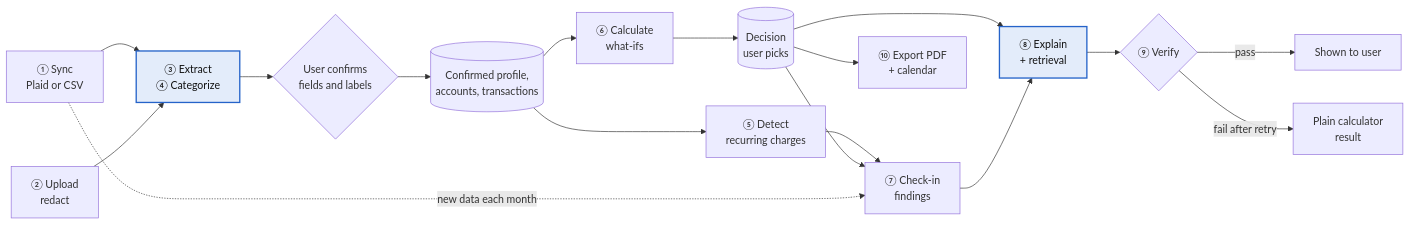
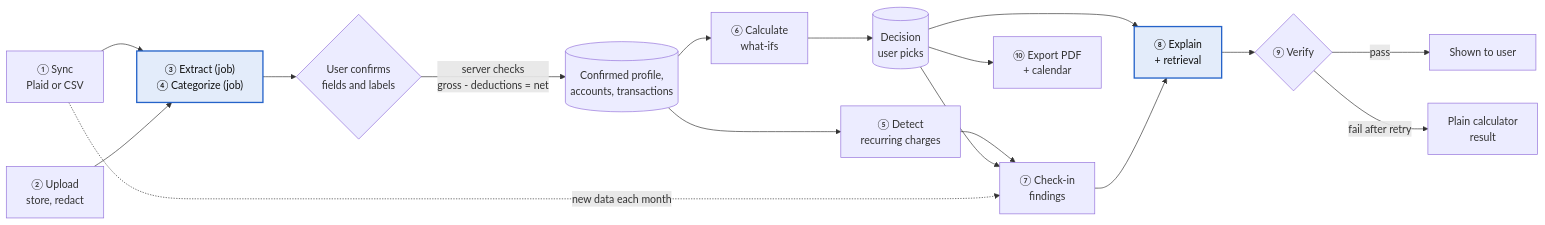
The second of 2 diagrams in docs/technical-spec.md (hkwan16/First-Paycheck), drawn with Mermaid before and after one commit. The commit also changed other lines of this file and 1 other file, not shown here.

````diff
--- a/docs/technical-spec.md
+++ b/docs/technical-spec.md
@@ -59,22 +61,22 @@
 ```mermaid
 flowchart LR
-  S["① Sync<br/>Plaid or CSV"] --> X["③ Extract<br/>④ Categorize"]
-  U["② Upload<br/>redact"] --> X
+  S["① Sync<br/>Plaid or CSV"] --> X["③ Extract (job)<br/>④ Categorize (job)"]
+  U["② Upload<br/>store, redact"] --> X
   X --> C{"User confirms<br/>fields and labels"}
-  C --> P[("Confirmed profile,<br/>accounts, transactions")]
+  C -->|"server checks<br/>gross - deductions = net"| P[("Confirmed profile,<br/>accounts, transactions")]
   P --> R["⑤ Detect<br/>recurring charges"]
   P --> K["⑥ Calculate<br/>what-ifs"]
   K --> D[("Decision<br/>user picks")]
   R --> CI["⑦ Check-in<br/>findings"]
   D --> CI
   S -.->|"new data each month"| CI
   D --> E["⑧ Explain<br/>+ retrieval"]
   CI --> E
   E --> V{"⑨ Verify"}
   V -->|pass| Shown["Shown to user"]
   V -->|"fail after retry"| F["Plain calculator<br/>result"]
   D --> O["⑩ Export PDF<br/>+ calendar"]
 
   classDef llm fill:#e3ecfa,stroke:#2563c9,stroke-width:2px,color:#111
   class X,E llm
 ```
````
